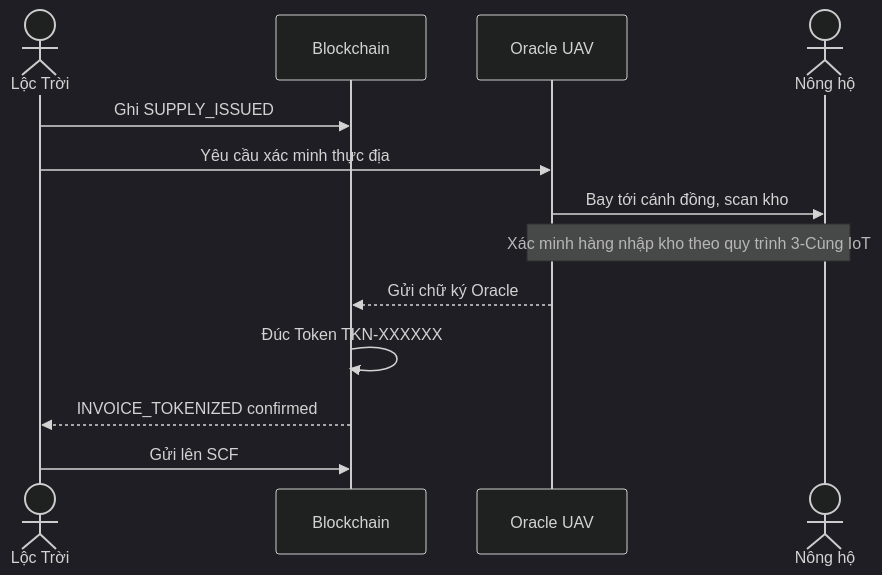
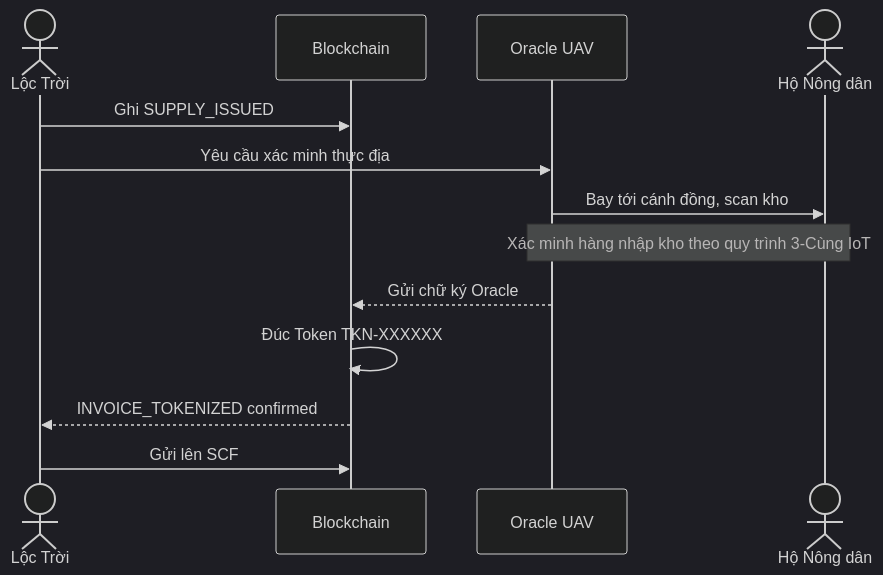
One commit to yudnhat25/loctroi-app changed the third of 5 diagrams in SYSTEM_DOCS.md. Above: the diagram before and after it, drawn with Mermaid (dark theme). The commit also changed other lines of this file and 12 other files, not shown here.

````diff
--- a/SYSTEM_DOCS.md
+++ b/SYSTEM_DOCS.md
@@ -89,16 +89,16 @@
 ```mermaid
 sequenceDiagram
     actor LT as Lộc Trời
     participant BC as Blockchain
     participant UAV as Oracle UAV
-    actor NH as Nông hộ
+    actor NH as Hộ Nông dân
 
     LT->>BC: Ghi SUPPLY_ISSUED
     LT->>UAV: Yêu cầu xác minh thực địa
     UAV->>NH: Bay tới cánh đồng, scan kho
     Note over UAV,NH: Xác minh hàng nhập kho theo quy trình 3-Cùng IoT
     UAV-->>BC: Gửi chữ ký Oracle
     BC->>BC: Đúc Token TKN-XXXXXX
     BC-->>LT: INVOICE_TOKENIZED confirmed
     LT->>BC: Gửi lên SCF
 ```
````
